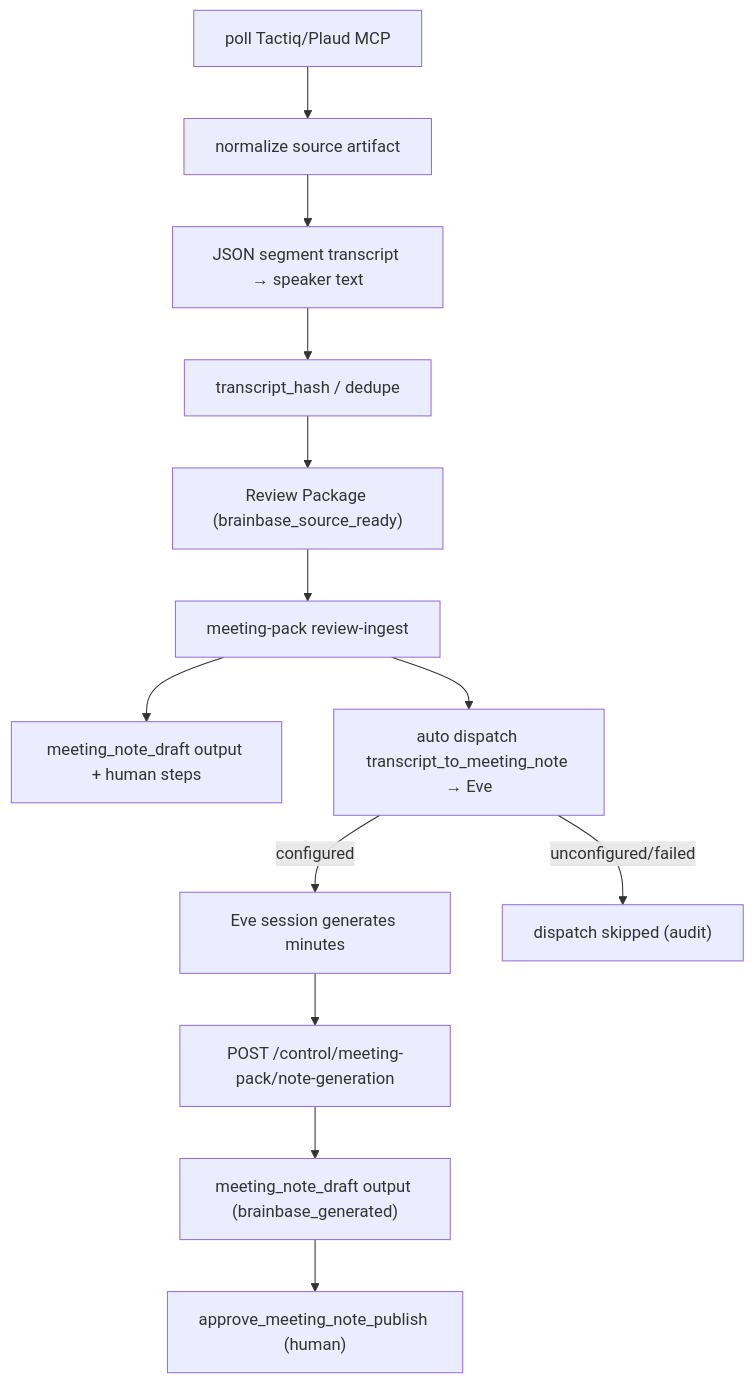
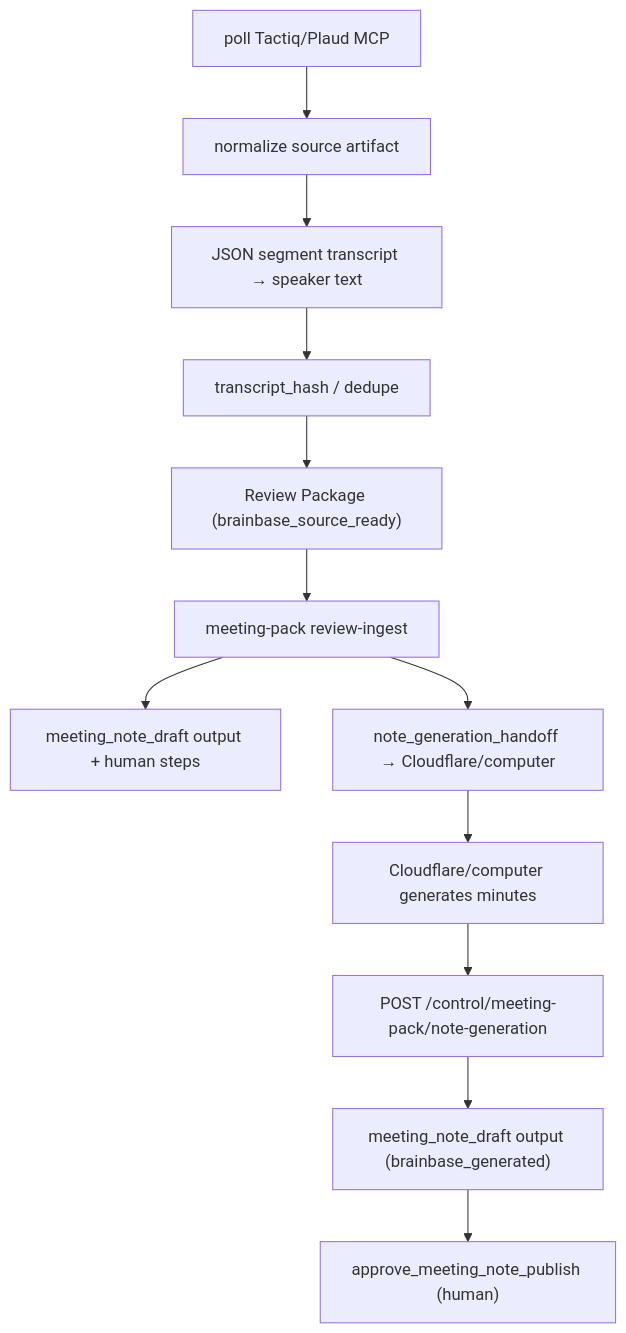
The diagram in docs/stories/story-meeting-note-generation-dag-wiring.md (Unson-LLC/brainbase), drawn with Mermaid before and after one commit. The commit also changed other lines of this file and 103 other files, not shown here.

````diff
--- a/docs/stories/story-meeting-note-generation-dag-wiring.md
+++ b/docs/stories/story-meeting-note-generation-dag-wiring.md
@@ -38,15 +38,14 @@
 ```mermaid
 flowchart TD
   poll["poll Tactiq/Plaud MCP"] --> normalize["normalize source artifact"]
   normalize --> segments["JSON segment transcript → speaker text"]
   segments --> hash["transcript_hash / dedupe"]
   hash --> reviewPackage["Review Package (brainbase_source_ready)"]
   reviewPackage --> ingest["meeting-pack review-ingest"]
   ingest --> outputs["meeting_note_draft output + human steps"]
-  ingest --> dispatch["auto dispatch transcript_to_meeting_note → Eve"]
-  dispatch -->|configured| eve["Eve session generates minutes"]
-  dispatch -->|unconfigured/failed| skipped["dispatch skipped (audit)"]
-  eve --> writeback["POST /control/meeting-pack/note-generation"]
+  ingest --> handoff["note_generation_handoff → Cloudflare/computer"]
+  handoff --> cloudflare_computer["Cloudflare/computer generates minutes"]
+  cloudflare_computer --> writeback["POST /control/meeting-pack/note-generation"]
   writeback --> generated["meeting_note_draft output (brainbase_generated)"]
   generated --> approval["approve_meeting_note_publish (human)"]
 ```
````
